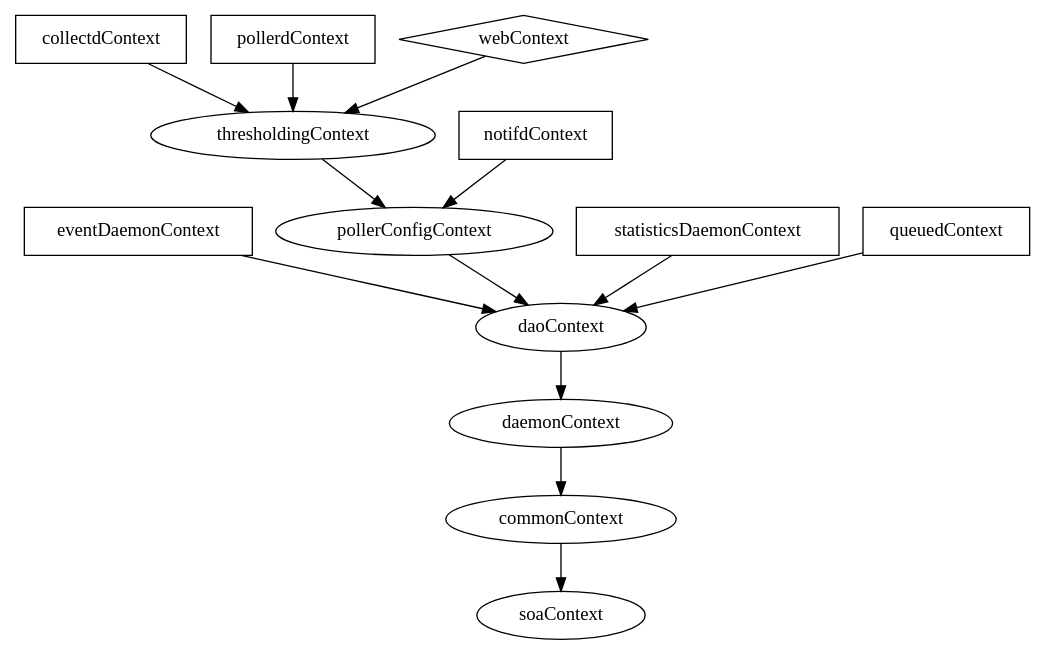
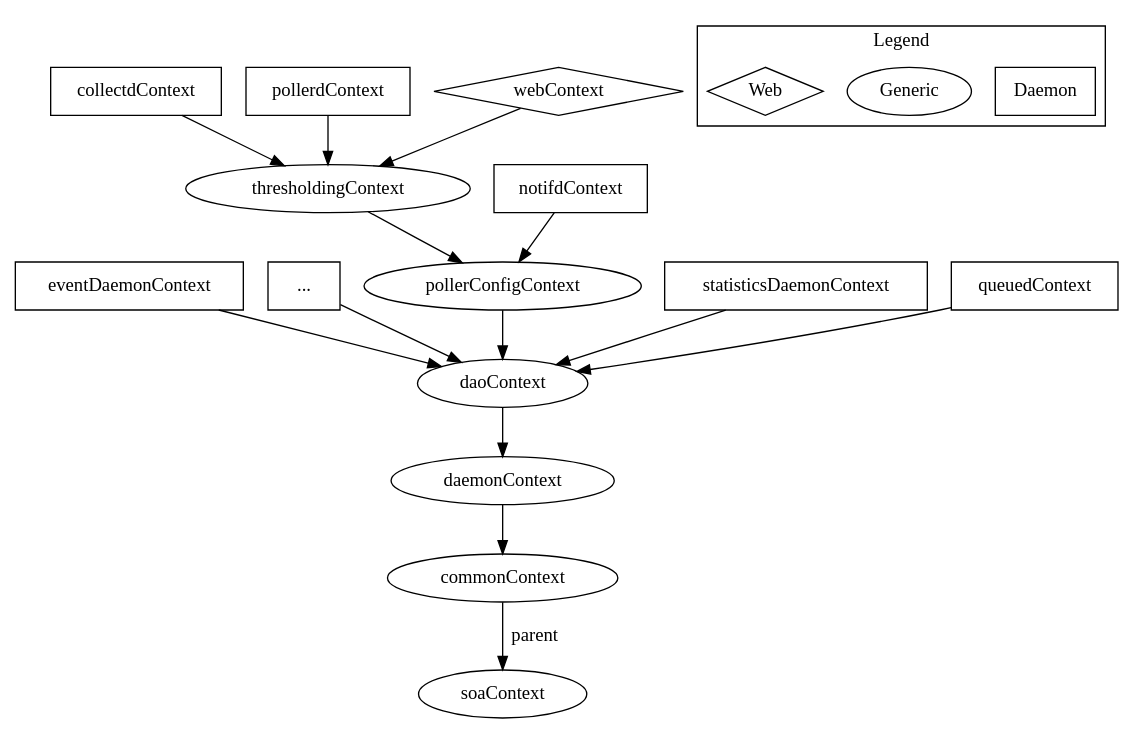
One commit to OpenNMS/opennms-developer-training changed the diagram in docs/foundation/images/spring-context-dep-graph.dot. Above: the diagram before and after it, drawn with Graphviz. The commit also changed 2 other files, not shown here.

Commit message:
Update Spring context dependency diagram.

```diff
--- a/docs/foundation/images/spring-context-dep-graph.dot
+++ b/docs/foundation/images/spring-context-dep-graph.dot
@@ -1,24 +1,33 @@
 digraph G {
  
-  commonContext -> soaContext;
+  commonContext -> soaContext [label="parent"];
   daemonContext -> commonContext;
   daoContext -> daemonContext;
   eventDaemonContext -> daoContext;
+  otherDaemonContext -> daoContext;
   pollerConfigContext -> daoContext;
   thresholdingContext -> pollerConfigContext;
   collectdContext -> thresholdingContext;
   notifdContext -> pollerConfigContext;
   pollerdContext -> thresholdingContext;
   statisticsDaemonContext -> daoContext;
   queuedContext -> daoContext;
   webContext -> thresholdingContext;
   
+  otherDaemonContext [shape=box, label="..."];
   eventDaemonContext [shape=box];
   collectdContext [shape=box];
   notifdContext [shape=box];
   pollerdContext [shape=box];
   statisticsDaemonContext [shape=box];
   queuedContext [shape=box];
   webContext [shape=diamond];
 
+  subgraph cluster {
+    label = "Legend";
+    daemon [shape=box, label="Daemon"];
+    generic [label="Generic"];
+    web [shape=diamond, label="Web"];
+  }
+
 }
```
